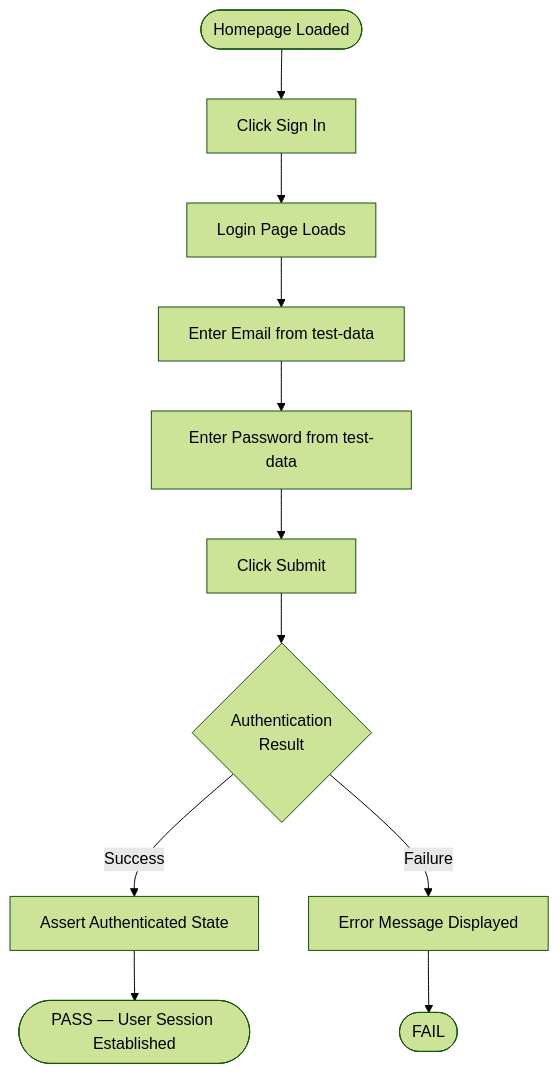
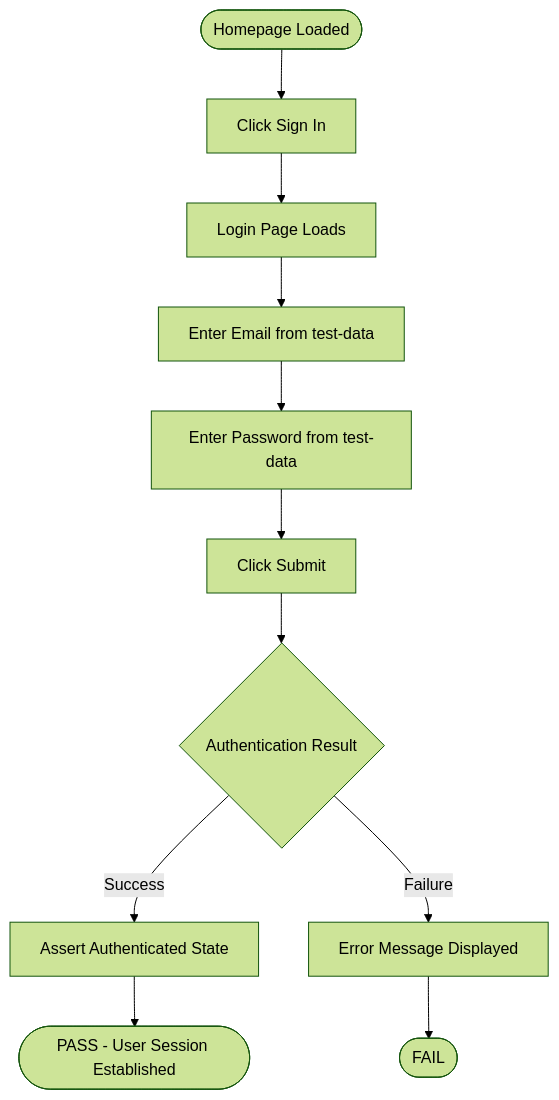
Before and after one commit to ron457/Cucumber-Test-Ophelia: the seventh of 15 diagrams in rchitecture.md, drawn with Mermaid (forest theme). The commit also changed other lines of this file, not shown here.

````diff
--- a/rchitecture.md
+++ b/rchitecture.md
@@ -203,13 +202,13 @@
 ```mermaid
 flowchart TD
     A([Homepage Loaded]) --> B[Click Sign In]
     B --> C[Login Page Loads]
     C --> D[Enter Email from test-data]
     D --> E[Enter Password from test-data]
     E --> F[Click Submit]
-    F --> G{Authentication\nResult}
+    F --> G{Authentication Result}
     G -->|Success| H[Assert Authenticated State]
     G -->|Failure| I[Error Message Displayed]
-    H --> J([PASS — User Session Established])
+    H --> J([PASS - User Session Established])
     I --> K([FAIL])
 ```
````
